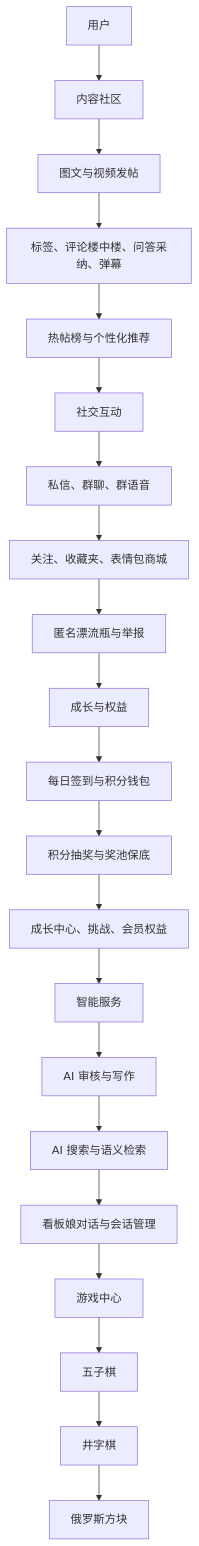
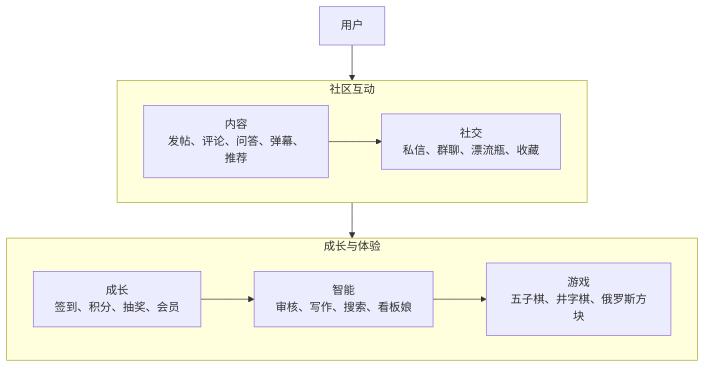
The first of 23 diagrams in README.md (pluchon/mengmeng_forum), drawn with Mermaid before and after one commit. The commit also changed other lines of this file, not shown here.

Commit message:
docs: 调整 README 图表布局

````diff
--- a/README.md
+++ b/README.md
@@ -47,27 +47,22 @@
 ```mermaid
 flowchart TD
-  U[用户] --> C[内容社区]
-  C --> C1[图文与视频发帖]
-  C1 --> C2[标签、评论楼中楼、问答采纳、弹幕]
-  C2 --> C3[热帖榜与个性化推荐]
+  U[用户]
 
-  C3 --> S[社交互动]
-  S --> S1[私信、群聊、群语音]
-  S1 --> S2[关注、收藏夹、表情包商城]
-  S2 --> S3[匿名漂流瓶与举报]
+  subgraph Community[社区互动]
+    direction LR
+    C[内容<br/>发帖、评论、问答、弹幕、推荐]
+    S[社交<br/>私信、群聊、漂流瓶、收藏]
+    C --> S
+  end
 
-  S3 --> G[成长与权益]
-  G --> G1[每日签到与积分钱包]
-  G1 --> G2[积分抽奖与奖池保底]
-  G2 --> G3[成长中心、挑战、会员权益]
+  subgraph Experience[成长与体验]
+    direction LR
+    G[成长<br/>签到、积分、抽奖、会员]
+    A[智能<br/>审核、写作、搜索、看板娘]
+    P[游戏<br/>五子棋、井字棋、俄罗斯方块]
+    G --> A --> P
+  end
 
-  G3 --> A[智能服务]
-  A --> A1[AI 审核与写作]
-  A1 --> A2[AI 搜索与语义检索]
-  A2 --> A3[看板娘对话与会话管理]
-
-  A3 --> P[游戏中心]
-  P --> P1[五子棋]
-  P1 --> P2[井字棋]
-  P2 --> P3[俄罗斯方块]
+  U --> C
+  S --> G
 ```
````
